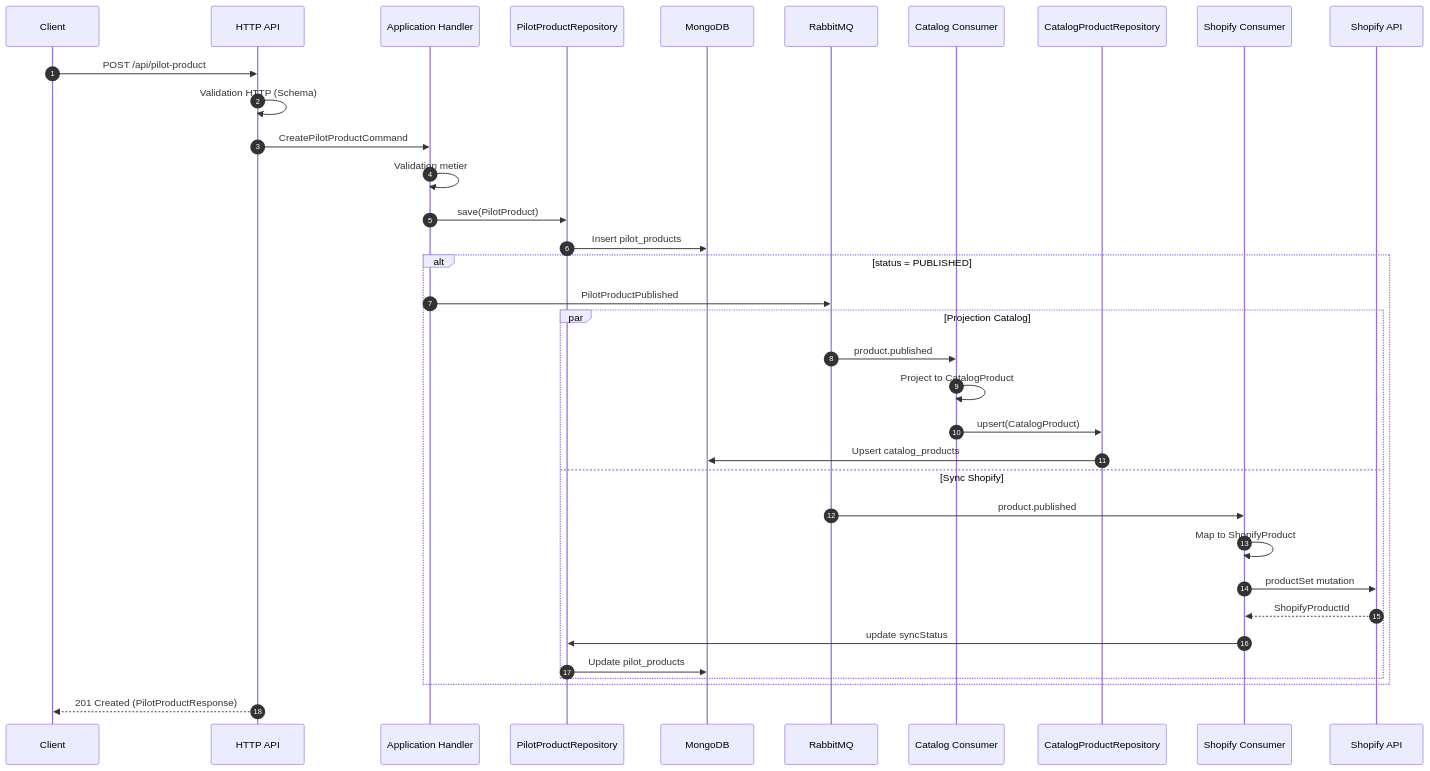
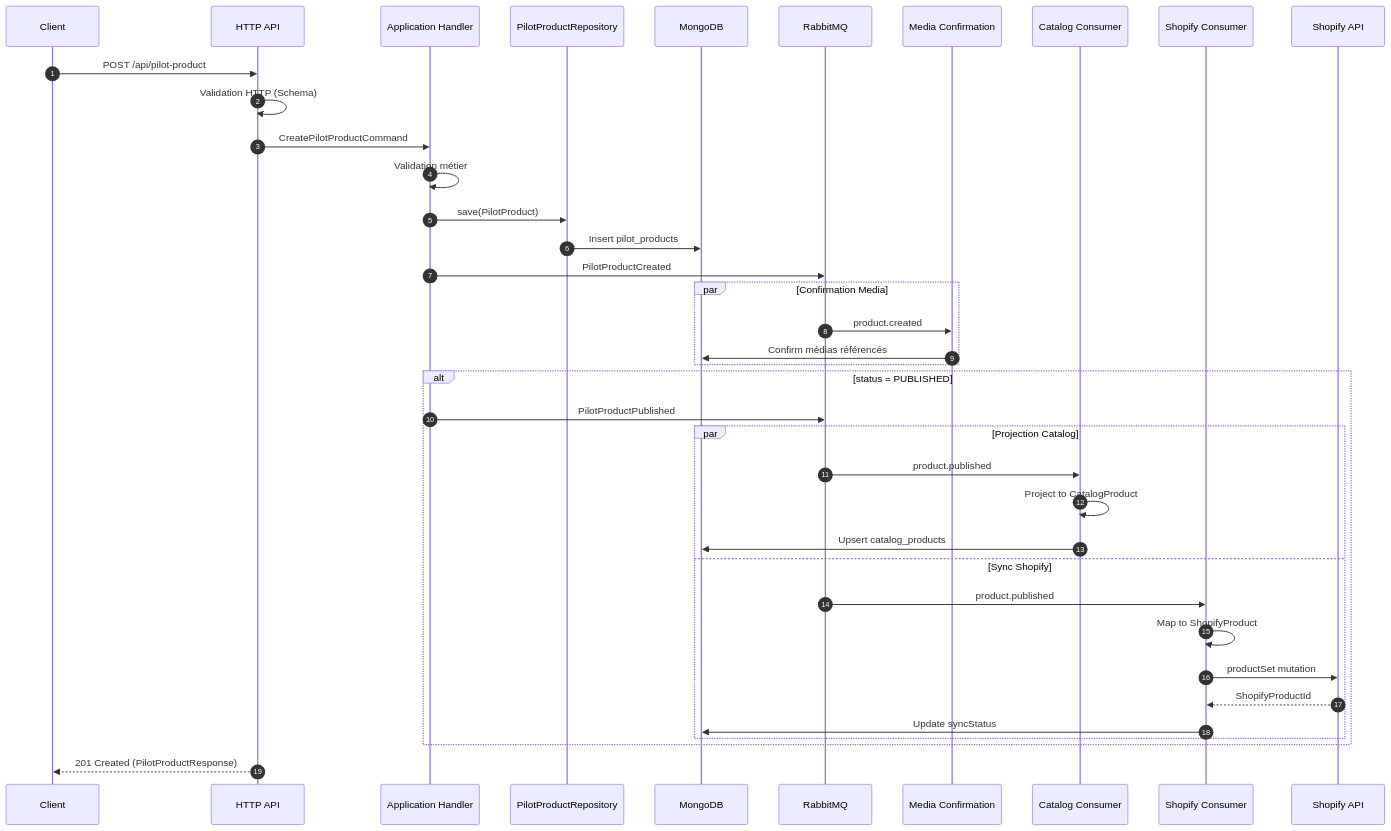
One commit to aagwali/maison-amane changed the first of 2 diagrams in apps/docs/docs/architecture/data-flows/pilot-to-catalog.mdx. Above: the diagram before and after it, drawn with Mermaid. The commit also changed other lines of this file and 9 other files, not shown here.

````diff
--- a/apps/docs/docs/architecture/data-flows/pilot-to-catalog.mdx
+++ b/apps/docs/docs/architecture/data-flows/pilot-to-catalog.mdx
@@ -16,42 +16,47 @@
 ```mermaid
 sequenceDiagram
     autonumber
     participant Client
     participant API as HTTP API
     participant Handler as Application Handler
     participant Repo as PilotProductRepository
     participant DB as MongoDB
     participant MQ as RabbitMQ
+    participant MediaConsumer as Media Confirmation
     participant CatConsumer as Catalog Consumer
-    participant CatRepo as CatalogProductRepository
     participant ShopConsumer as Shopify Consumer
     participant Shopify as Shopify API
 
     Client->>API: POST /api/pilot-product
     API->>API: Validation HTTP (Schema)
     API->>Handler: CreatePilotProductCommand
 
-    Handler->>Handler: Validation metier
+    Handler->>Handler: Validation métier
     Handler->>Repo: save(PilotProduct)
     Repo->>DB: Insert pilot_products
+
+    Handler->>MQ: PilotProductCreated
+
+    par Confirmation Media
+        MQ->>MediaConsumer: product.created
+        MediaConsumer->>DB: Confirm médias référencés
+    end
 
     alt status = PUBLISHED
         Handler->>MQ: PilotProductPublished
 
         par Projection Catalog
             MQ->>CatConsumer: product.published
             CatConsumer->>CatConsumer: Project to CatalogProduct
-            CatConsumer->>CatRepo: upsert(CatalogProduct)
-            CatRepo->>DB: Upsert catalog_products
+            CatConsumer->>DB: Upsert catalog_products
         and Sync Shopify
             MQ->>ShopConsumer: product.published
             ShopConsumer->>ShopConsumer: Map to ShopifyProduct
             ShopConsumer->>Shopify: productSet mutation
             Shopify-->>ShopConsumer: ShopifyProductId
-            ShopConsumer->>Repo: update syncStatus
-            Repo->>DB: Update pilot_products
+            ShopConsumer->>DB: Update syncStatus
         end
     end
 
     API-->>Client: 201 Created (PilotProductResponse)
 ```
````
